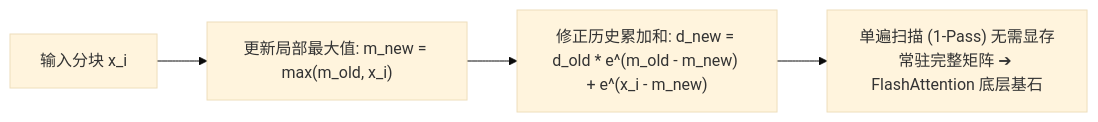
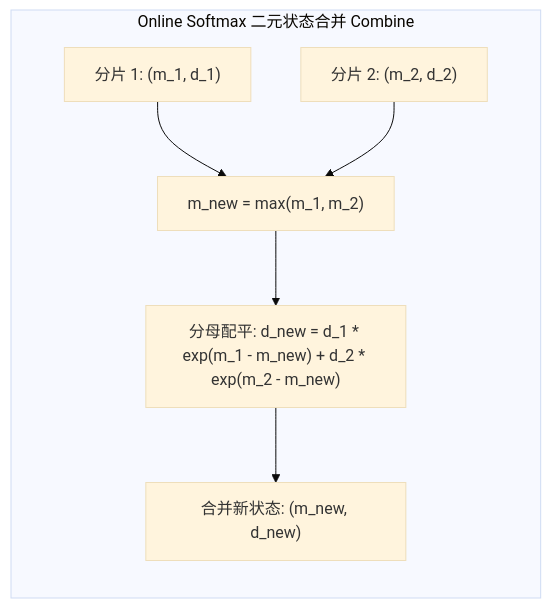
Before and after one commit to hsthanb4/hpclearning: the first of 2 diagrams in cuda/lesson07_online_softmax.qmd, drawn with Mermaid (base theme). The commit also changed other lines of this file and 89 other files, not shown here.

Commit message:
style(docs): relocate images and diagrams adjacent to their textual references across all lessons

````diff
--- a/cuda/lesson07_online_softmax.qmd
+++ b/cuda/lesson07_online_softmax.qmd
@@ -35,6 +47,9 @@
 ```{mermaid}
 flowchart LR
-    Input["输入分块 x_i"] --> Max["更新局部最大值: m_new = max(m_old, x_i)"]
-    Max --> Scale["修正历史累加和: d_new = d_old * e^(m_old - m_new) + e^(x_i - m_new)"]
-    Scale --> Flash["单遍扫描 (1-Pass) 无需显存常驻完整矩阵 ➔ FlashAttention 底层基石"]
+    subgraph OnlineCombine["Online Softmax 二元状态合并 Combine"]
+        S1["分片 1: (m_1, d_1)"] --> Max["m_new = max(m_1, m_2)"]
+        S2["分片 2: (m_2, d_2)"] --> Max
+        Max --> Rescale["分母配平: d_new = d_1 * exp(m_1 - m_new) + d_2 * exp(m_2 - m_new)"]
+        Rescale --> Out["合并新状态: (m_new, d_new)"]
+    end
 ```
````
